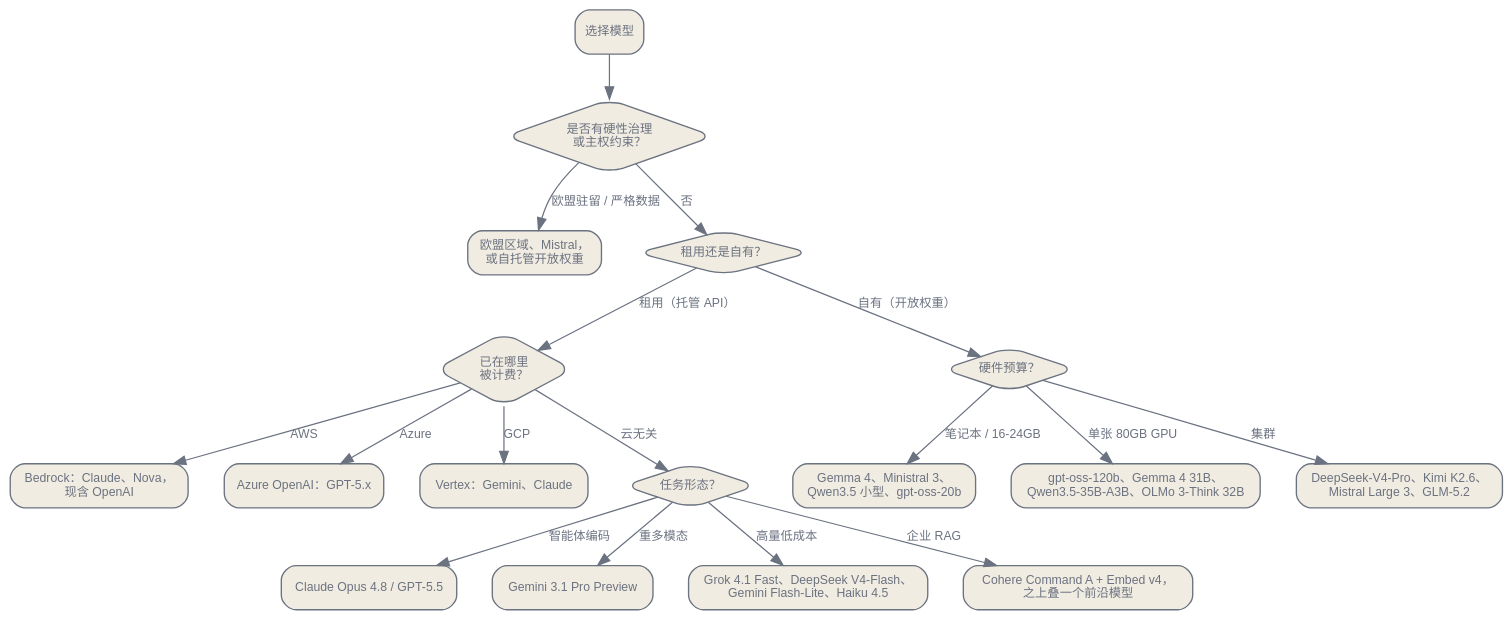
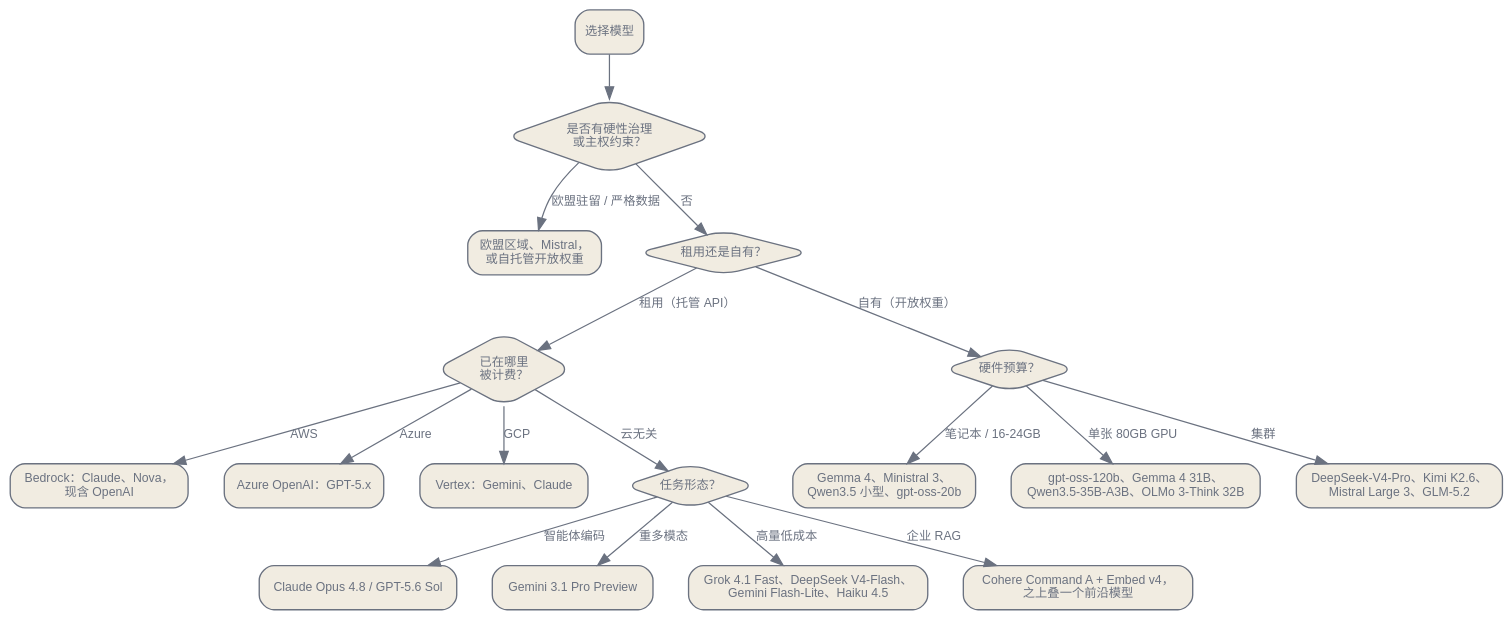
Before and after one commit to latere-ai/ai-as-an-infrastructure: the first of 2 diagrams in zh/practice/01-choosing-a-model.qmd, drawn with Graphviz. The commit also changed other lines of this file and 8 other files, not shown here.

````diff
--- a/zh/practice/01-choosing-a-model.qmd
+++ b/zh/practice/01-choosing-a-model.qmd
@@ -100,49 +100,49 @@
 ```{dot}
 //| label: fig-model-decision
 //| fig-cap: "2026 年年中挑选模型的决策顺序。计费所在的云和治理约束，通常比质量更早决定选择。"
 digraph {
   bgcolor="transparent";
   rankdir=TB;
   nodesep=0.4; ranksep=0.5;
   node [shape=box, style="rounded,filled", fontname="Helvetica", fontsize=10, color="#6b7280", fontcolor="#6b7280", fillcolor="#f1ece1", penwidth=1.1];
   edge [fontsize=10, fontname="Helvetica", color="#6b7280", fontcolor="#6b7280"];
 
   start [label="选择模型"];
   gov [label="是否有硬性治理\n或主权约束？", shape=diamond];
   sov [label="欧盟区域、Mistral，\n或自托管开放权重"];
   host [label="租用还是自有？", shape=diamond];
   cloud [label="已在哪里\n被计费？", shape=diamond];
   bedrock [label="Bedrock：Claude、Nova，\n现含 OpenAI"];
   azure [label="Azure OpenAI：GPT-5.x"];
   vertex [label="Vertex：Gemini、Claude"];
   hw [label="硬件预算？", shape=diamond];
   small [label="Gemma 4、Ministral 3、\nQwen3.5 小型、gpt-oss-20b"];
   mid [label="gpt-oss-120b、Gemma 4 31B、\nQwen3.5-35B-A3B、OLMo 3-Think 32B"];
   big [label="DeepSeek-V4-Pro、Kimi K2.6、\nMistral Large 3、GLM-5.2"];
   task [label="任务形态？", shape=diamond];
-  code [label="Claude Opus 4.8 / GPT-5.5"];
+  code [label="Claude Opus 4.8 / GPT-5.6 Sol"];
   mm [label="Gemini 3.1 Pro Preview"];
   cheap [label="Grok 4.1 Fast、DeepSeek V4-Flash、\nGemini Flash-Lite、Haiku 4.5"];
   rag [label="Cohere Command A + Embed v4，\n之上叠一个前沿模型"];
 
   start -> gov;
   gov -> sov [label="欧盟驻留 / 严格数据"];
   gov -> host [label="否"];
 
   host -> cloud [label="租用（托管 API）"];
   cloud -> bedrock [label="AWS"];
   cloud -> azure [label="Azure"];
   cloud -> vertex [label="GCP"];
   cloud -> task [label="云无关"];
 
   host -> hw [label="自有（开放权重）"];
   hw -> small [label="笔记本 / 16-24GB"];
   hw -> mid [label="单张 80GB GPU"];
   hw -> big [label="集群"];
 
   task -> code [label="智能体编码"];
   task -> mm [label="重多模态"];
   task -> cheap [label="高量低成本"];
   task -> rag [label="企业 RAG"];
 }
 ```
````
